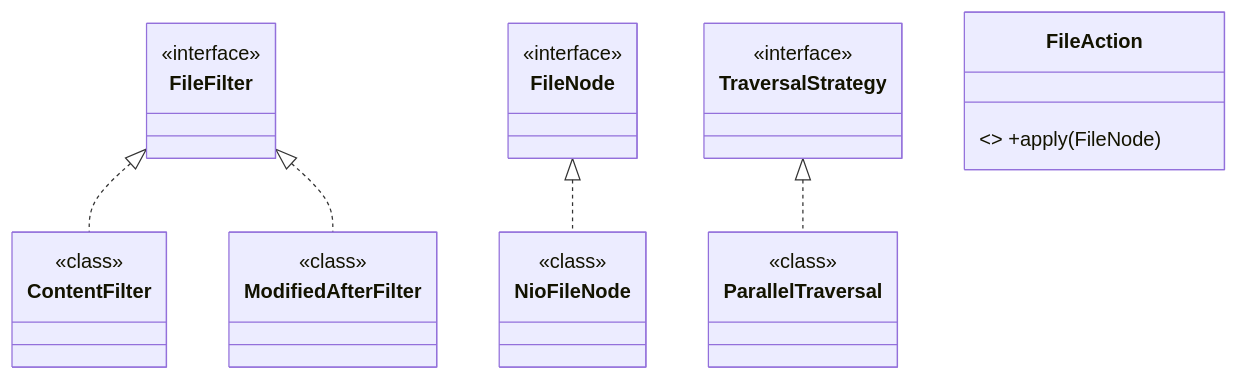
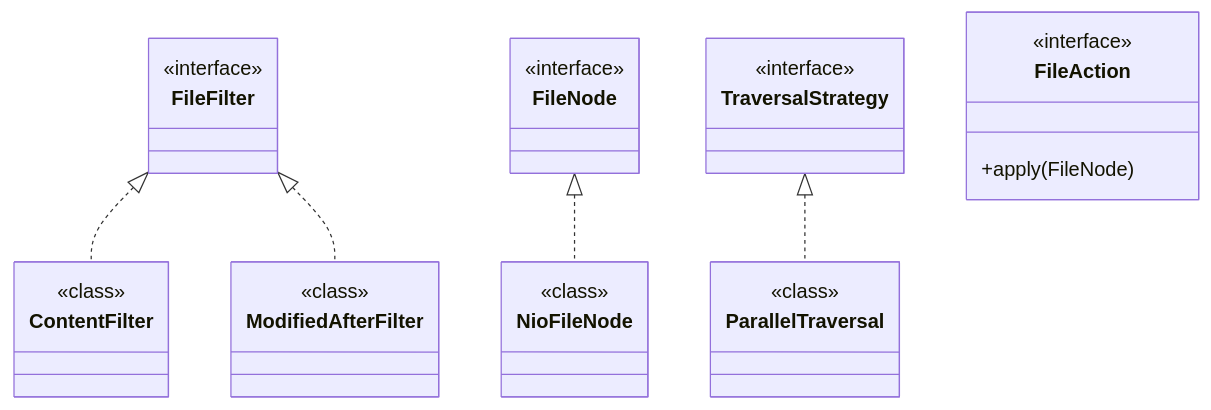
The third of 3 diagrams in system-design/lld/03-file-search.md (amarkum/amarkumar.guru), drawn with Mermaid before and after one commit. The commit also changed other lines of this file and 27 other files, not shown here.

````diff
--- a/system-design/lld/03-file-search.md
+++ b/system-design/lld/03-file-search.md
@@ -302,29 +325,32 @@
 ```mermaid
 classDiagram
     FileFilter <|.. ContentFilter
     FileFilter <|.. ModifiedAfterFilter
     FileNode <|.. NioFileNode
     TraversalStrategy <|.. ParallelTraversal
-    class FileAction { <<interface>> +apply(FileNode) }
+    class FileAction {
+      <<interface>>
+      +apply(FileNode)
+    }
     class FileFilter {
       <<interface>>
     }
     class ContentFilter {
       <<class>>
     }
     class FileNode {
       <<interface>>
     }
     class NioFileNode {
       <<class>>
     }
     class TraversalStrategy {
       <<interface>>
     }
     class ParallelTraversal {
       <<class>>
     }
     class ModifiedAfterFilter {
       <<class>>
     }
 ```
````
